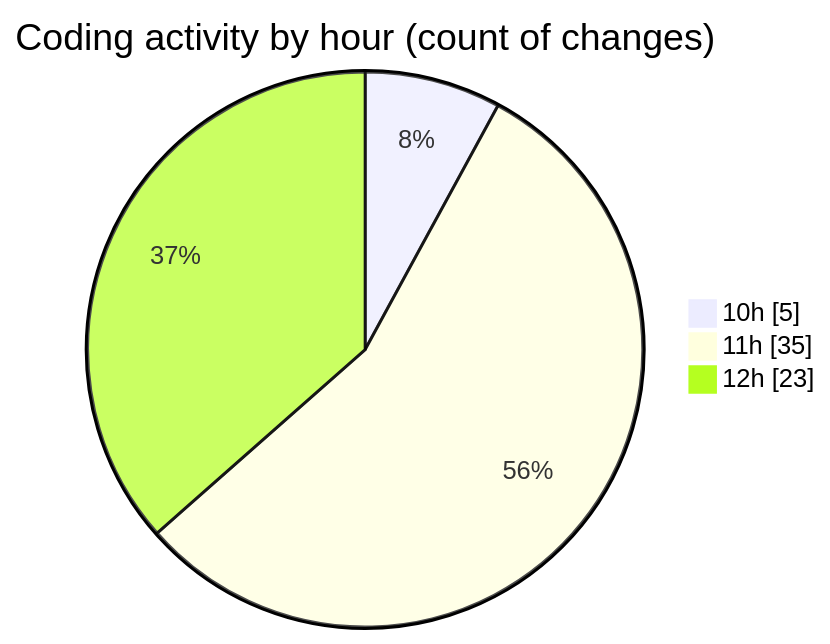
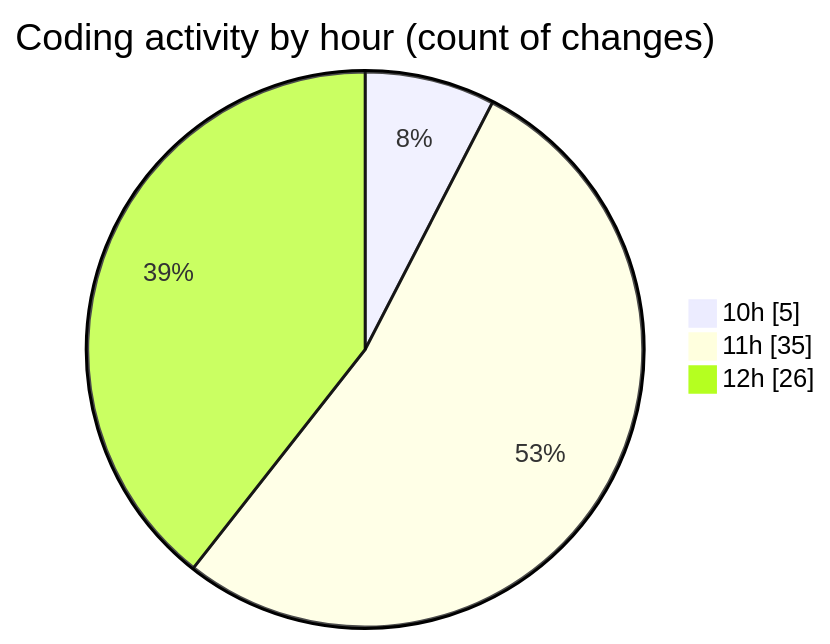
Before and after one commit to nxtqubesakshisongat/code-tracking: the second of 2 diagrams in 2025-09-23/nxtqube_webapp/README.md, drawn with Mermaid. The commit also changed other lines of this file and 1 other file, not shown here.

````diff
--- a/2025-09-23/nxtqube_webapp/README.md
+++ b/2025-09-23/nxtqube_webapp/README.md
@@ -32,7 +32,7 @@
 ```mermaid
 pie showData
 title Coding activity by hour (count of changes)
 "10h" : 5
 "11h" : 35
-"12h" : 23
+"12h" : 26
 ```
````
